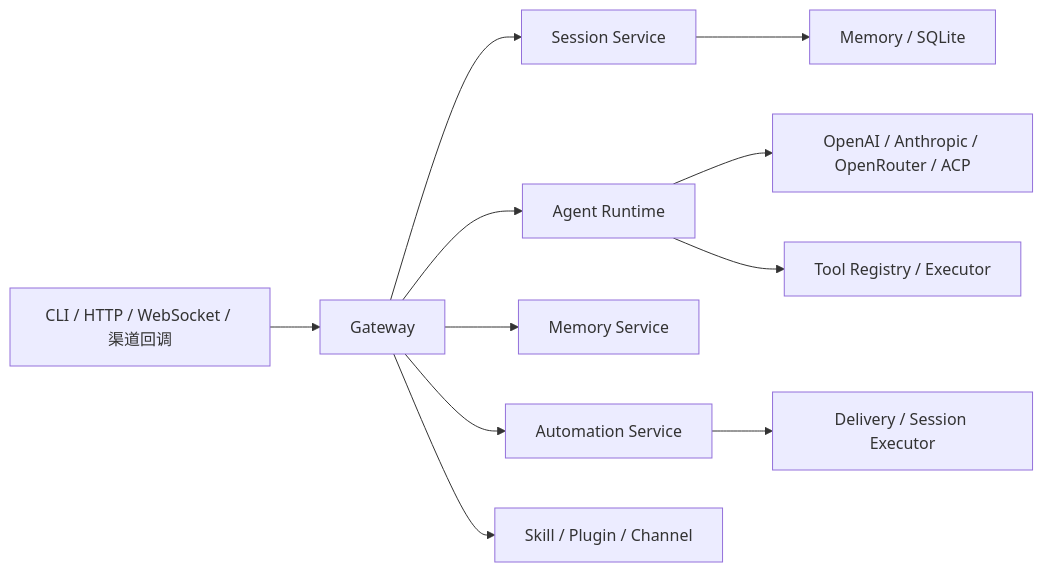
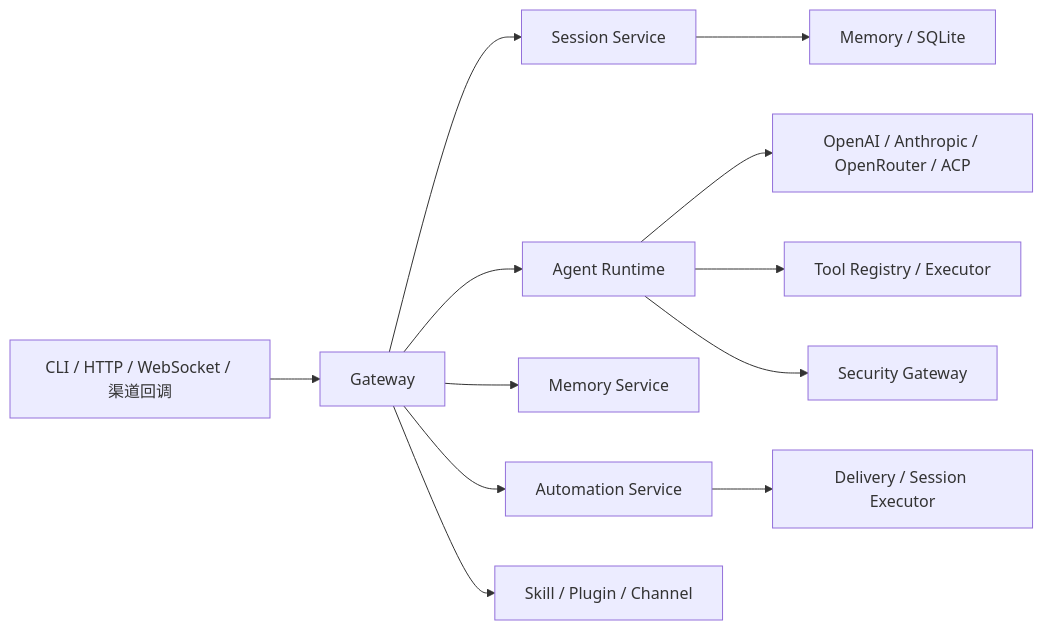
One commit to xiaobang1010/tigerclaw changed the diagram in README.md. Above: the diagram before and after it, drawn with Mermaid. The commit also changed other lines of this file and 9 other files, not shown here.

````diff
--- a/README.md
+++ b/README.md
@@ -24,15 +18,16 @@
 ```mermaid
 flowchart LR
     Client["CLI / HTTP / WebSocket / 渠道回调"] --> Gateway["Gateway"]
 
     Gateway --> Session["Session Service"]
     Gateway --> Agent["Agent Runtime"]
     Gateway --> Memory["Memory Service"]
     Gateway --> Cron["Automation Service"]
     Gateway --> Ext["Skill / Plugin / Channel"]
 
     Agent --> Provider["OpenAI / Anthropic / OpenRouter / ACP"]
     Agent --> Tools["Tool Registry / Executor"]
+    Agent --> Security["Security Gateway"]
     Session --> Store["Memory / SQLite"]
     Cron --> Delivery["Delivery / Session Executor"]
 ```
````
